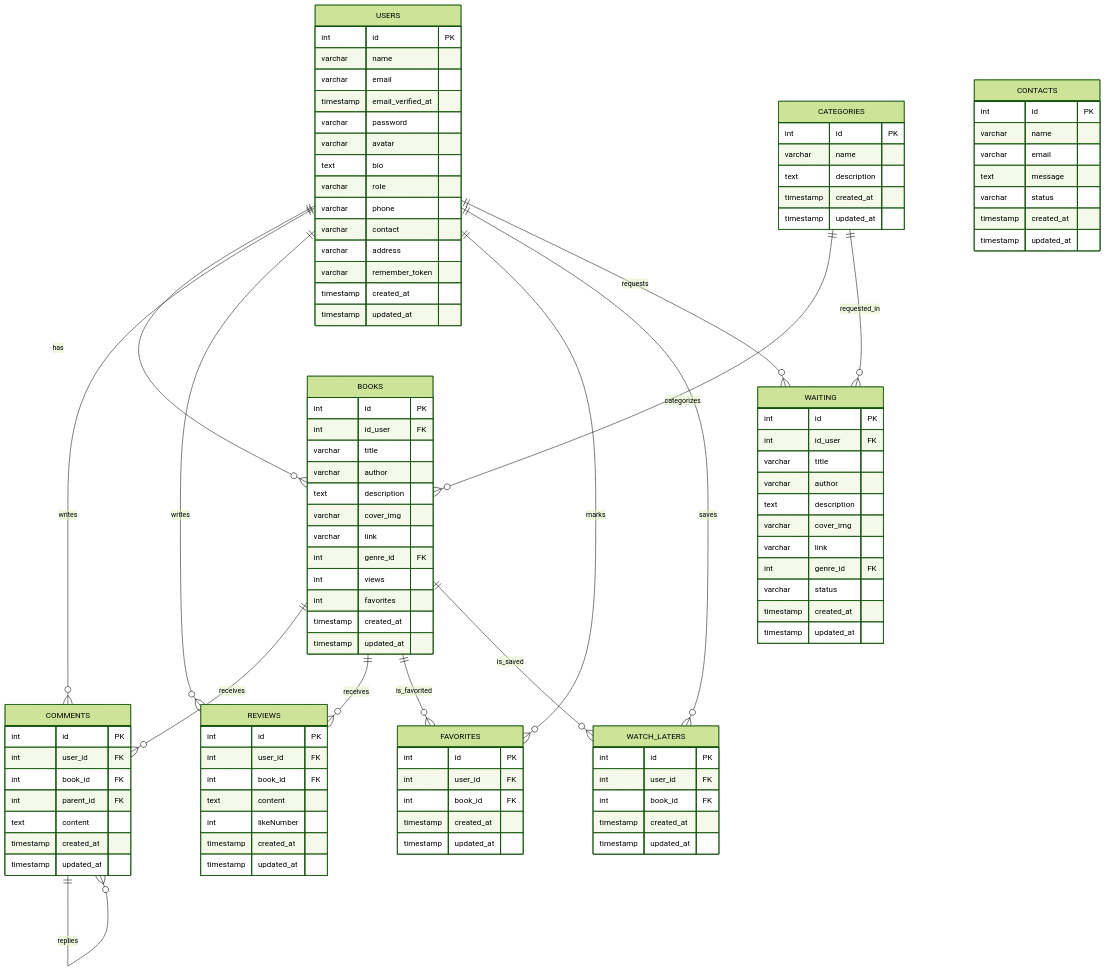
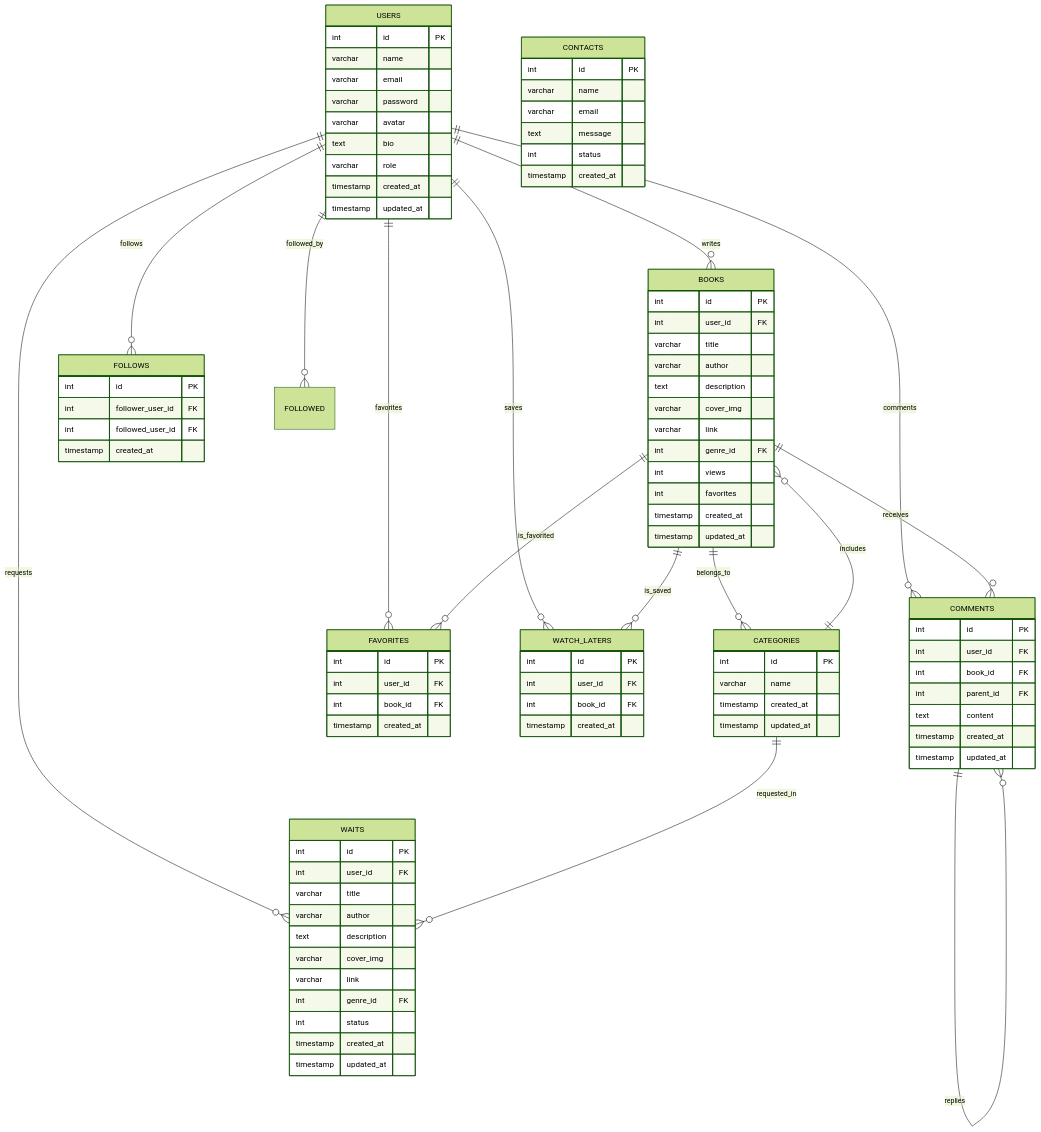
Before and after one commit to tranvanbun/BookReview_SharingPlatform: the first of 8 diagrams in README.md, drawn with Mermaid (forest theme).

````diff
--- a/README.md
+++ b/README.md
@@ -39,19 +39,20 @@
 ```mermaid
 erDiagram
-  USERS ||--o{ BOOKS : has
-  USERS ||--o{ COMMENTS : writes
-  USERS ||--o{ REVIEWS : writes
-  USERS ||--o{ FAVORITES : marks
+  USERS ||--o{ BOOKS : writes
+  USERS ||--o{ COMMENTS : comments
+  USERS ||--o{ FAVORITES : favorites
   USERS ||--o{ WATCH_LATERS : saves
-  USERS ||--o{ WAITING : requests
-
-  CATEGORIES ||--o{ BOOKS : categorizes
-  CATEGORIES ||--o{ WAITING : requested_in
+  USERS ||--o{ WAITS : requests
+  USERS ||--o{ FOLLOWS : follows
+  USERS ||--o{ FOLLOWED : followed_by
 
   BOOKS ||--o{ COMMENTS : receives
-  BOOKS ||--o{ REVIEWS : receives
   BOOKS ||--o{ FAVORITES : is_favorited
   BOOKS ||--o{ WATCH_LATERS : is_saved
+  BOOKS ||--o{ CATEGORIES : belongs_to
+
+  CATEGORIES ||--o{ BOOKS : includes
+  CATEGORIES ||--o{ WAITS : requested_in
 
   COMMENTS ||--o{ COMMENTS : replies
 
@@ -59,30 +60,17 @@
     int id PK
     varchar name
     varchar email
-    timestamp email_verified_at
     varchar password
     varchar avatar
     text bio
     varchar role
-    varchar phone
-    varchar contact
-    varchar address
-    varchar remember_token
-    timestamp created_at
-    timestamp updated_at
-  }
-
-  CATEGORIES {
-    int id PK
-    varchar name
-    text description
     timestamp created_at
     timestamp updated_at
   }
 
   BOOKS {
     int id PK
-    int id_user FK
+    int user_id FK
     varchar title
     varchar author
     text description
@@ -91,6 +79,13 @@
     int genre_id FK
     int views
     int favorites
+    timestamp created_at
+    timestamp updated_at
+  }
+
+  CATEGORIES {
+    int id PK
+    varchar name
     timestamp created_at
     timestamp updated_at
   }
@@ -105,22 +100,11 @@
     timestamp updated_at
   }
 
-  REVIEWS {
-    int id PK
-    int user_id FK
-    int book_id FK
-    text content
-    int likeNumber
-    timestamp created_at
-    timestamp updated_at
-  }
-
   FAVORITES {
     int id PK
     int user_id FK
     int book_id FK
     timestamp created_at
-    timestamp updated_at
   }
 
   WATCH_LATERS {
@@ -128,21 +112,13 @@
     int user_id FK
     int book_id FK
     timestamp created_at
-    timestamp updated_at
   }
 
-  WAITING {
+  FOLLOWS {
     int id PK
-    int id_user FK
-    varchar title
-    varchar author
-    text description
-    varchar cover_img
-    varchar link
-    int genre_id FK
-    varchar status
+    int follower_user_id FK
+    int followed_user_id FK
     timestamp created_at
-    timestamp updated_at
   }
 
   CONTACTS {
@@ -150,8 +126,22 @@
     varchar name
     varchar email
     text message
-    varchar status
+    int status
+    timestamp created_at
+  }
+
+  WAITS {
+    int id PK
+    int user_id FK
+    varchar title
+    varchar author
+    text description
+    varchar cover_img
+    varchar link
+    int genre_id FK
+    int status
     timestamp created_at
     timestamp updated_at
   }
+
 ```
````
